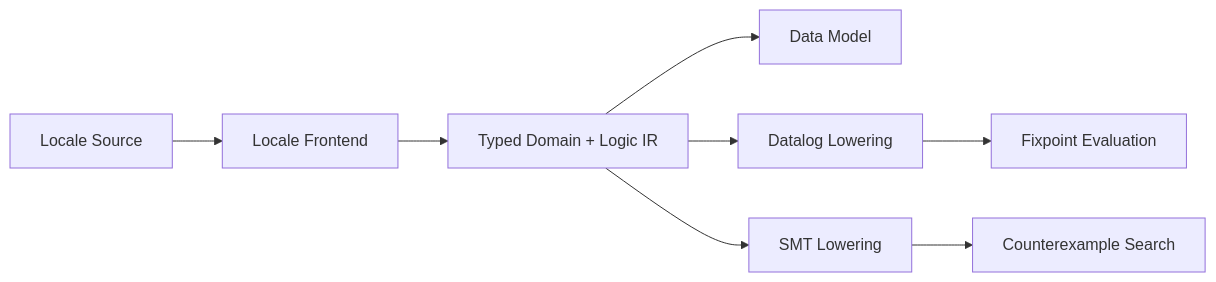
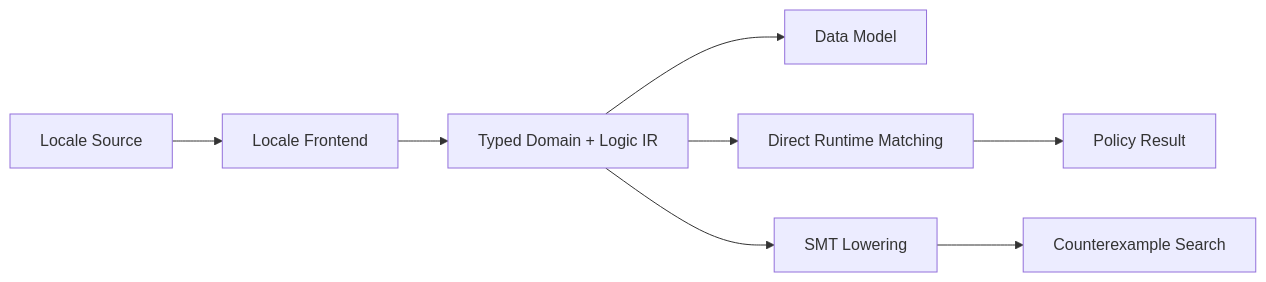
The diagram in docs/rfcs/0002-typed-domains-and-logic-core.md (rspdl/rspdl-core), drawn with Mermaid before and after one commit. The commit also changed other lines of this file and 28 other files, not shown here.

Commit message:
refactor: remove Datalog policy backend

````diff
--- a/docs/rfcs/0002-typed-domains-and-logic-core.md
+++ b/docs/rfcs/0002-typed-domains-and-logic-core.md
@@ -179,10 +176,10 @@
 ```mermaid
 flowchart LR
     SOURCE["Locale Source"] --> FRONTEND["Locale Frontend"]
     FRONTEND --> CORE["Typed Domain + Logic IR"]
     CORE --> DATA["Data Model"]
-    CORE --> DATALOG["Datalog Lowering"]
+    CORE --> MATCHER["Direct Runtime Matching"]
     CORE --> SMT["SMT Lowering"]
-    DATALOG --> FIXPOINT["Fixpoint Evaluation"]
+    MATCHER --> RESULT["Policy Result"]
     SMT --> COUNTER["Counterexample Search"]
 ```
````
